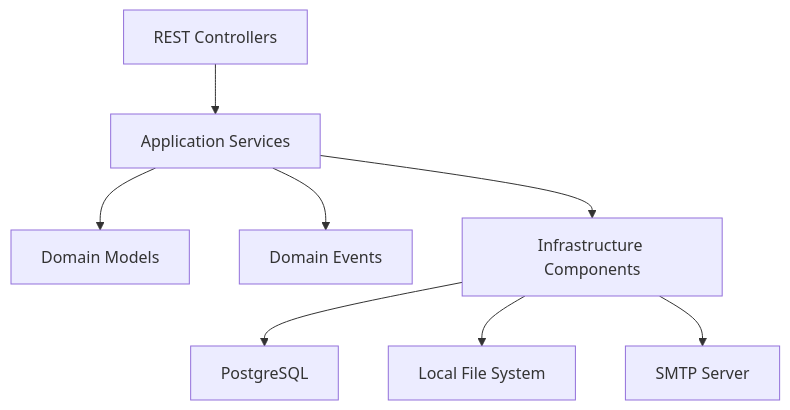
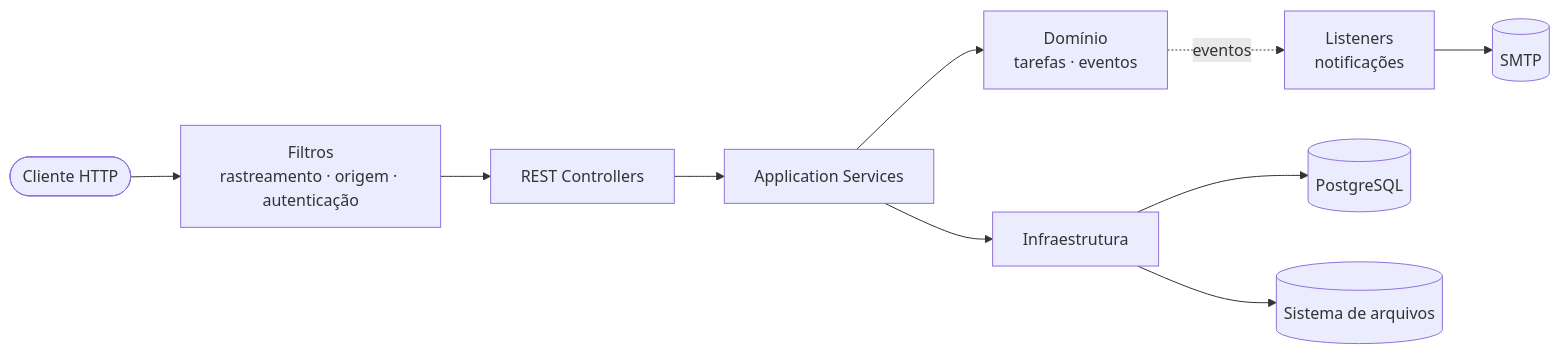
One commit to devluiscavalcante/backup-manager changed the first of 2 diagrams in README.md. Above: the diagram before and after it, drawn with Mermaid. The commit also changed other lines of this file, not shown here.

````diff
--- a/README.md
+++ b/README.md
@@ -55,10 +136,12 @@
 ```mermaid
-flowchart TD
-    A["REST Controllers"] --> B["Application Services"]
-    B --> C["Domain Models"]
-    B --> D["Domain Events"]
-    B --> E["Infrastructure Components"]
-    E --> F["PostgreSQL"]
-    E --> G["Local File System"]
-    E --> H["SMTP Server"]
+flowchart LR
+    Client(["Cliente HTTP"]) --> Filters["Filtros<br/>rastreamento · origem · autenticação"]
+    Filters --> Controllers["REST Controllers"]
+    Controllers --> Services["Application Services"]
+    Services --> Domain["Domínio<br/>tarefas · eventos"]
+    Services --> Infra["Infraestrutura"]
+    Domain -. eventos .-> Listeners["Listeners<br/>notificações"]
+    Infra --> DB[("PostgreSQL")]
+    Infra --> FS[("Sistema de arquivos")]
+    Listeners --> SMTP[("SMTP")]
 ```
````
